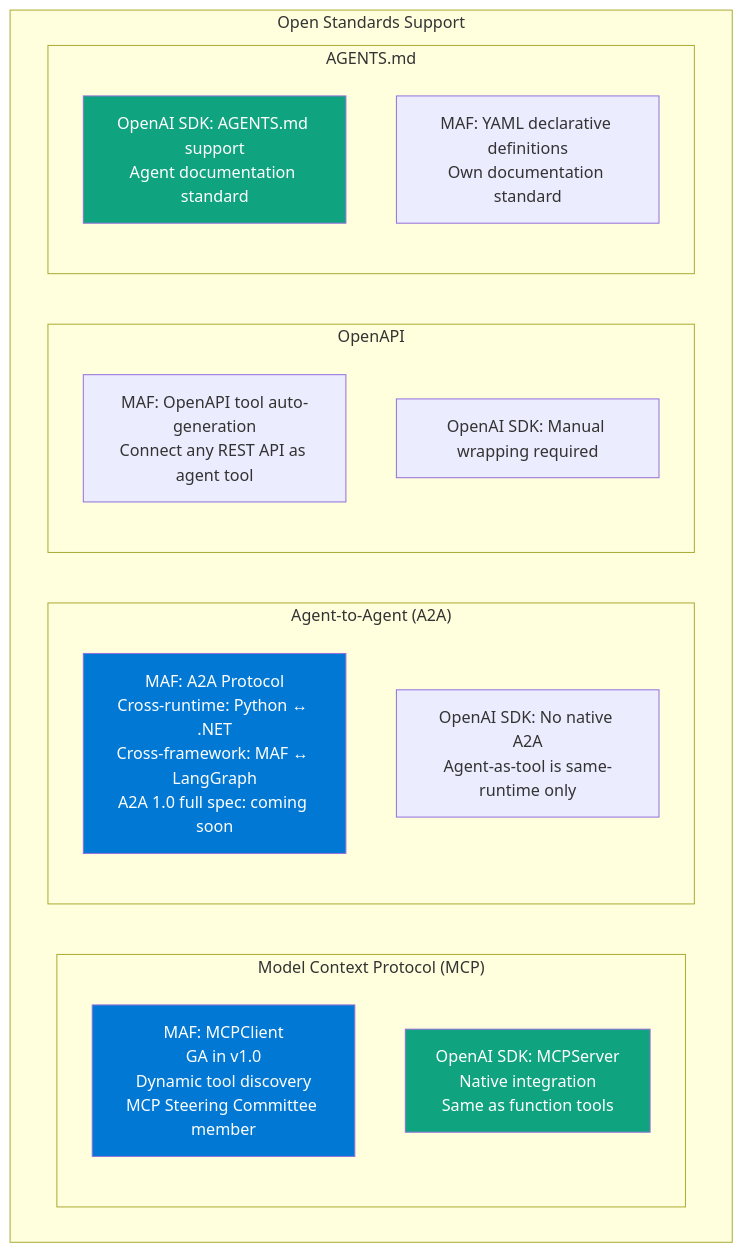
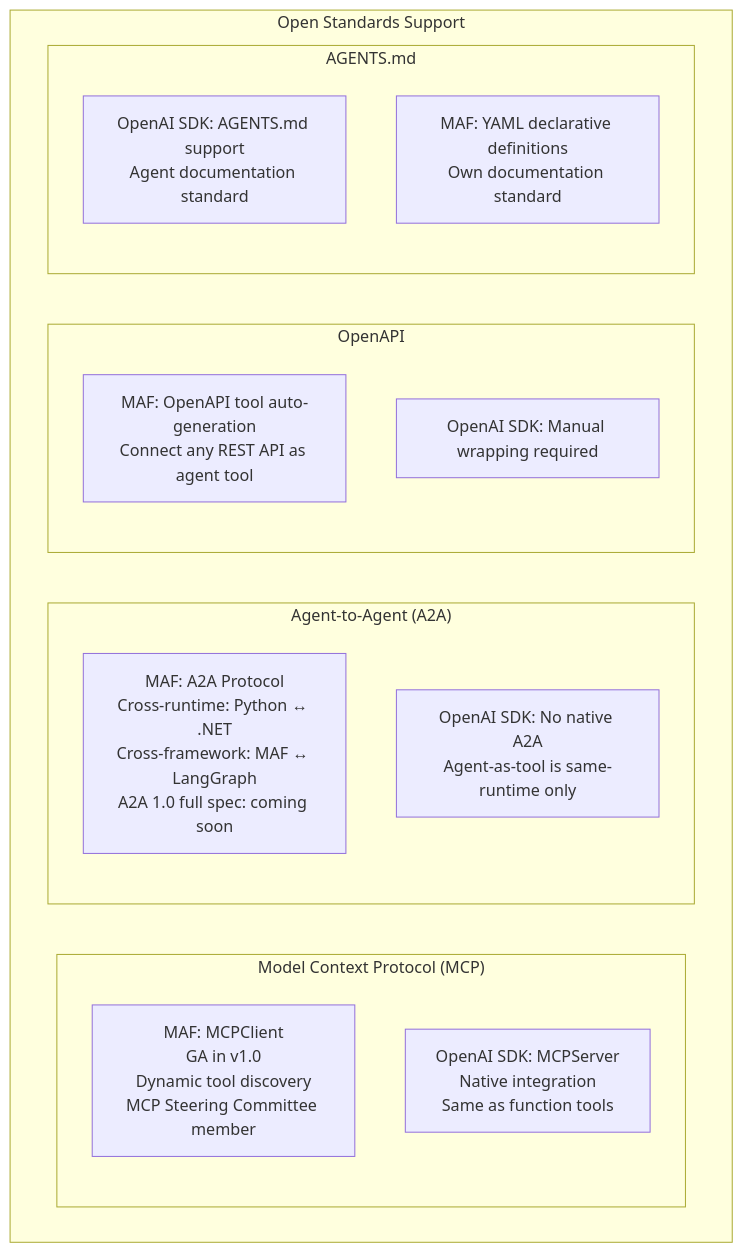
Diagram 37 of 47 in README.md (NeelmaniR-Useready/doc), drawn with Mermaid before and after one commit. The commit also changed other lines of this file, not shown here.

````diff
--- a/README.md
+++ b/README.md
@@ -2032,30 +2094,27 @@
 ```mermaid
 graph TB
-    subgraph "Open Standards Support"
-        
-        subgraph "Model Context Protocol (MCP)"
-            MCP_MAF[MAF: MCPClient<br/>GA in v1.0<br/>Dynamic tool discovery<br/>MCP Steering Committee member]
-            MCP_OAI[OpenAI SDK: MCPServer<br/>Native integration<br/>Same as function tools]
+
+    subgraph OS["Open Standards Support"]
+
+        subgraph MCP["Model Context Protocol (MCP)"]
+            MCP_MAF["MAF: MCPClient<br/>GA in v1.0<br/>Dynamic tool discovery<br/>MCP Steering Committee member"]
+            MCP_OAI["OpenAI SDK: MCPServer<br/>Native integration<br/>Same as function tools"]
         end
-        
-        subgraph "Agent-to-Agent (A2A)"
-            A2A_MAF[MAF: A2A Protocol<br/>Cross-runtime: Python ↔ .NET<br/>Cross-framework: MAF ↔ LangGraph<br/>A2A 1.0 full spec: coming soon]
-            A2A_OAI[OpenAI SDK: No native A2A<br/>Agent-as-tool is same-runtime only]
+
+        subgraph A2A["Agent-to-Agent (A2A)"]
+            A2A_MAF["MAF: A2A Protocol<br/>Cross-runtime: Python ↔ .NET<br/>Cross-framework: MAF ↔ LangGraph<br/>A2A 1.0 full spec: coming soon"]
+            A2A_OAI["OpenAI SDK: No native A2A<br/>Agent-as-tool is same-runtime only"]
         end
-        
-        subgraph "OpenAPI"
-            OA_MAF[MAF: OpenAPI tool auto-generation<br/>Connect any REST API as agent tool]
-            OA_OAI[OpenAI SDK: Manual wrapping required]
+
+        subgraph OPENAPI["OpenAPI"]
+            OA_MAF["MAF: OpenAPI tool auto-generation<br/>Connect any REST API as agent tool"]
+            OA_OAI["OpenAI SDK: Manual wrapping required"]
         end
-        
-        subgraph "AGENTS.md"
-            AGENTS_OAI[OpenAI SDK: AGENTS.md support<br/>Agent documentation standard]
-            AGENTS_MAF[MAF: YAML declarative definitions<br/>Own documentation standard]
+
+        subgraph AGENTSMD["AGENTS.md"]
+            AGENTS_OAI["OpenAI SDK: AGENTS.md support<br/>Agent documentation standard"]
+            AGENTS_MAF["MAF: YAML declarative definitions<br/>Own documentation standard"]
         end
+
     end
-    
-    style MCP_MAF fill:#0078d4,color:#fff
-    style A2A_MAF fill:#0078d4,color:#fff
-    style MCP_OAI fill:#10a37f,color:#fff
-    style AGENTS_OAI fill:#10a37f,color:#fff
 ```
````
